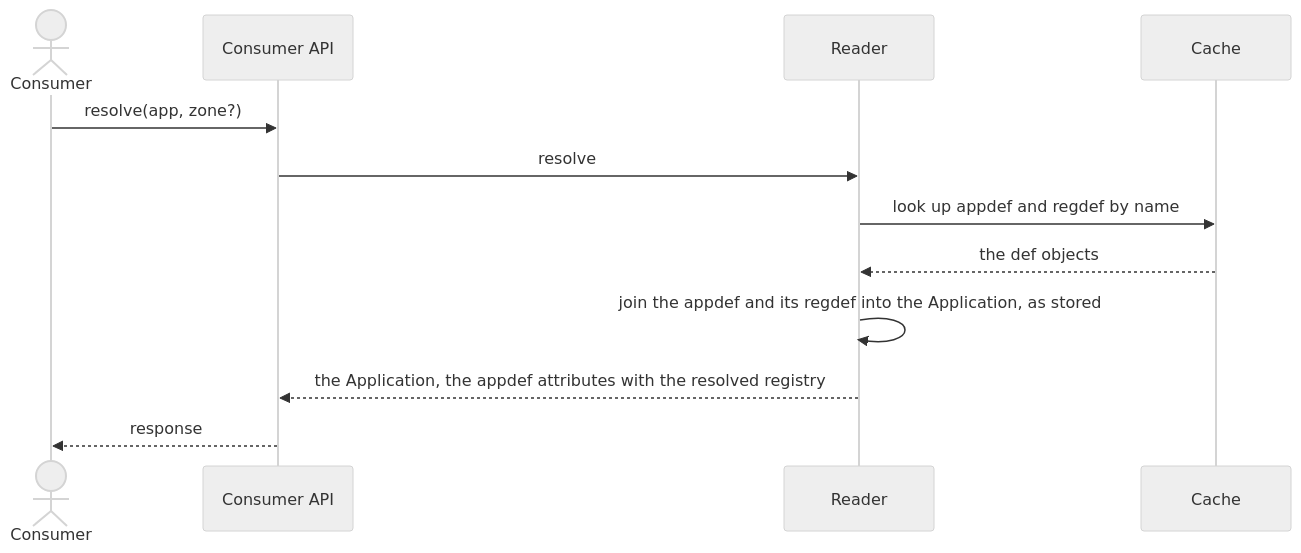
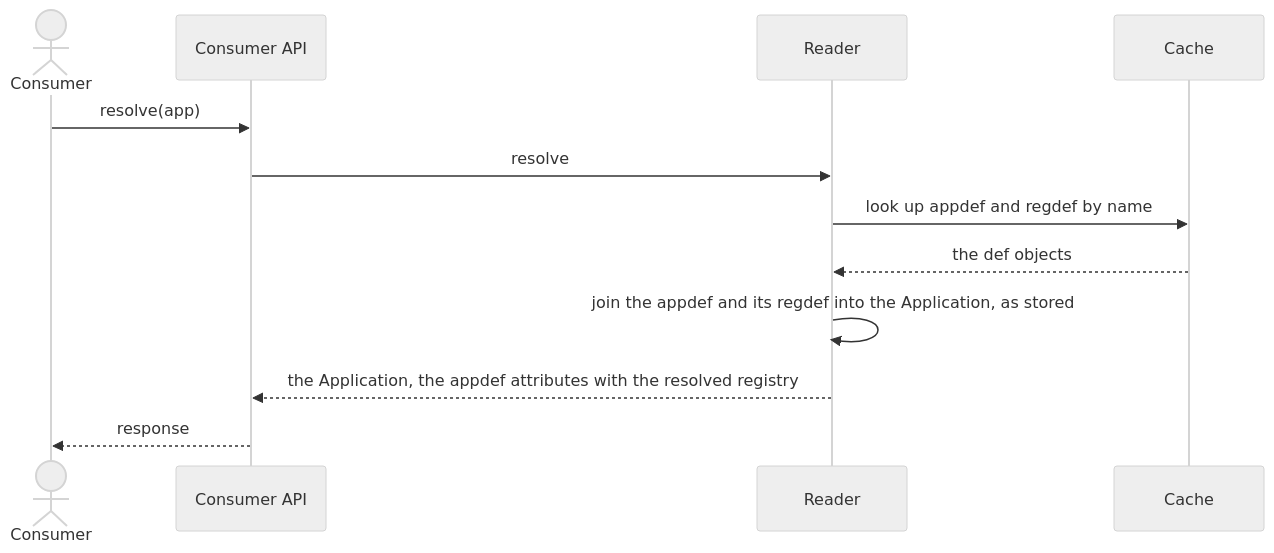
The third of 5 diagrams in docs/analysis/app-reg-def/service/architecture.md (Netcracker/qubership-envgene), drawn with Mermaid (neutral theme) before and after one commit. The commit also changed 3 other files, not shown here.

````diff
--- a/docs/analysis/app-reg-def/service/architecture.md
+++ b/docs/analysis/app-reg-def/service/architecture.md
@@ -76,14 +76,14 @@
 ```mermaid
 sequenceDiagram
   actor C as Consumer
   participant API as Consumer API
   participant R as Reader
   participant Cache
-  C->>API: resolve(app, zone?)
+  C->>API: resolve(app)
   API->>R: resolve
   R->>Cache: look up appdef and regdef by name
   Cache-->>R: the def objects
   R->>R: join the appdef and its regdef into the Application, as stored
   R-->>API: the Application, the appdef attributes with the resolved registry
   API-->>C: response
 ```
````
